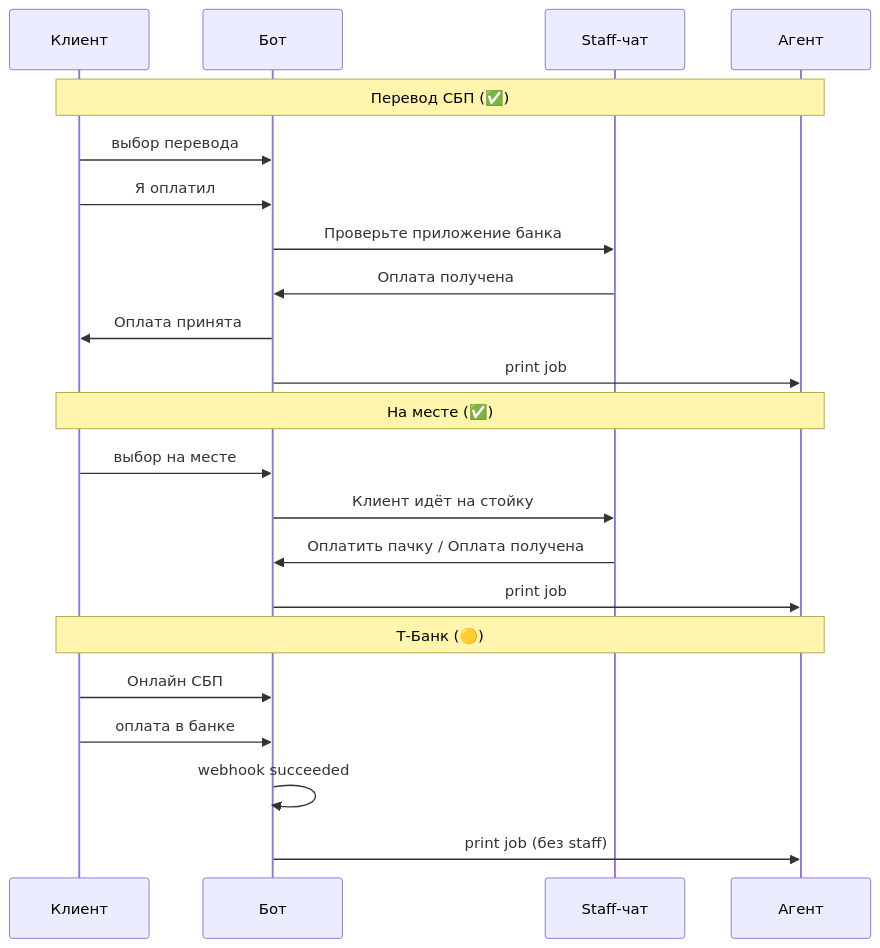
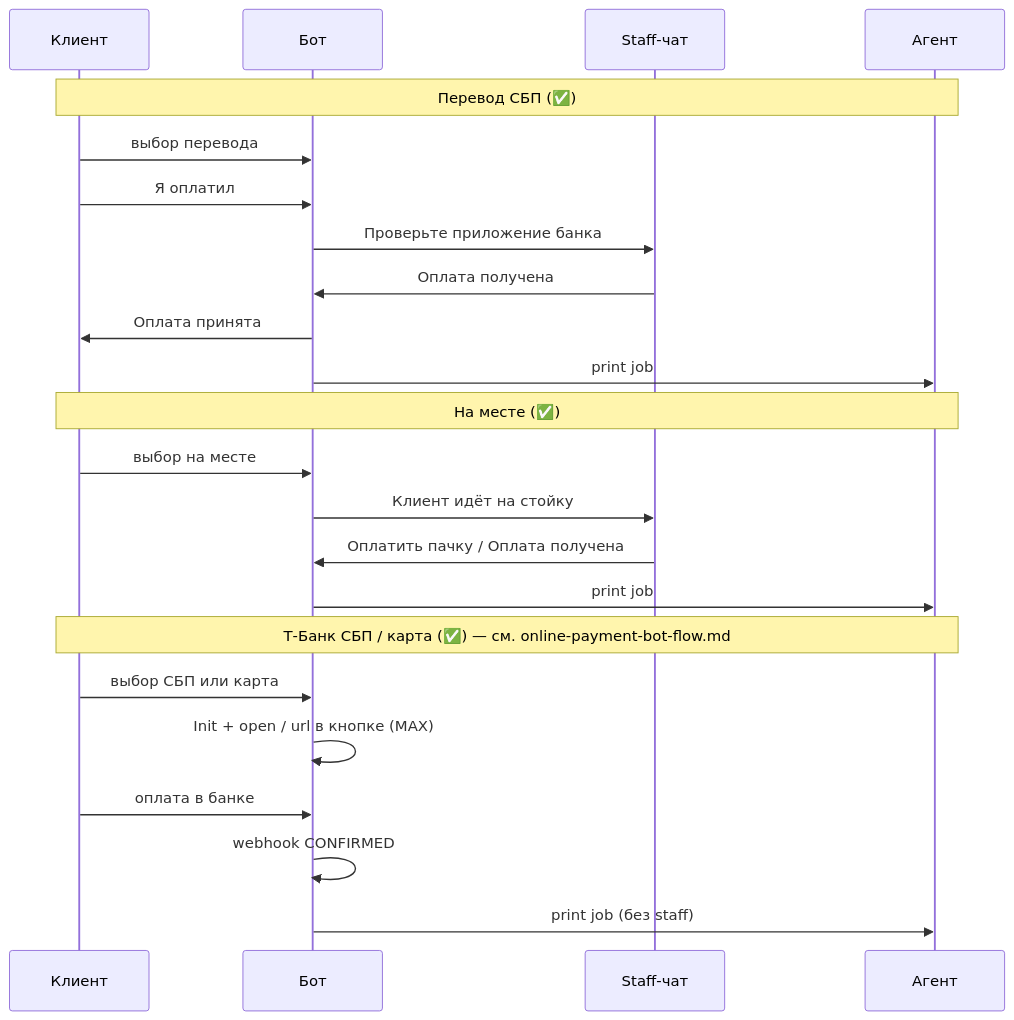
One commit to shiro1702/kopir changed the fifth of 5 diagrams in doc/product/bot-user-flow.md. Above: the diagram before and after it, drawn with Mermaid. The commit also changed other lines of this file and 25 other files, not shown here.

````diff
--- a/doc/product/bot-user-flow.md
+++ b/doc/product/bot-user-flow.md
@@ -292,27 +312,28 @@
 ```mermaid
 sequenceDiagram
   participant C as Клиент
   participant B as Бот
   participant ST as Staff-чат
   participant A as Агент
 
   Note over C,A: Перевод СБП (✅)
   C->>B: выбор перевода
   C->>B: Я оплатил
   B->>ST: Проверьте приложение банка
   ST->>B: Оплата получена
   B->>C: Оплата принята
   B->>A: print job
 
   Note over C,A: На месте (✅)
   C->>B: выбор на месте
   B->>ST: Клиент идёт на стойку
   ST->>B: Оплатить пачку / Оплата получена
   B->>A: print job
 
-  Note over C,A: Т-Банк (🟡)
-  C->>B: Онлайн СБП
+  Note over C,A: Т-Банк СБП / карта (✅) — см. online-payment-bot-flow.md
+  C->>B: выбор СБП или карта
+  B->>B: Init + open / url в кнопке (MAX)
   C->>B: оплата в банке
-  B->>B: webhook succeeded
+  B->>B: webhook CONFIRMED
   B->>A: print job (без staff)
 ```
````
